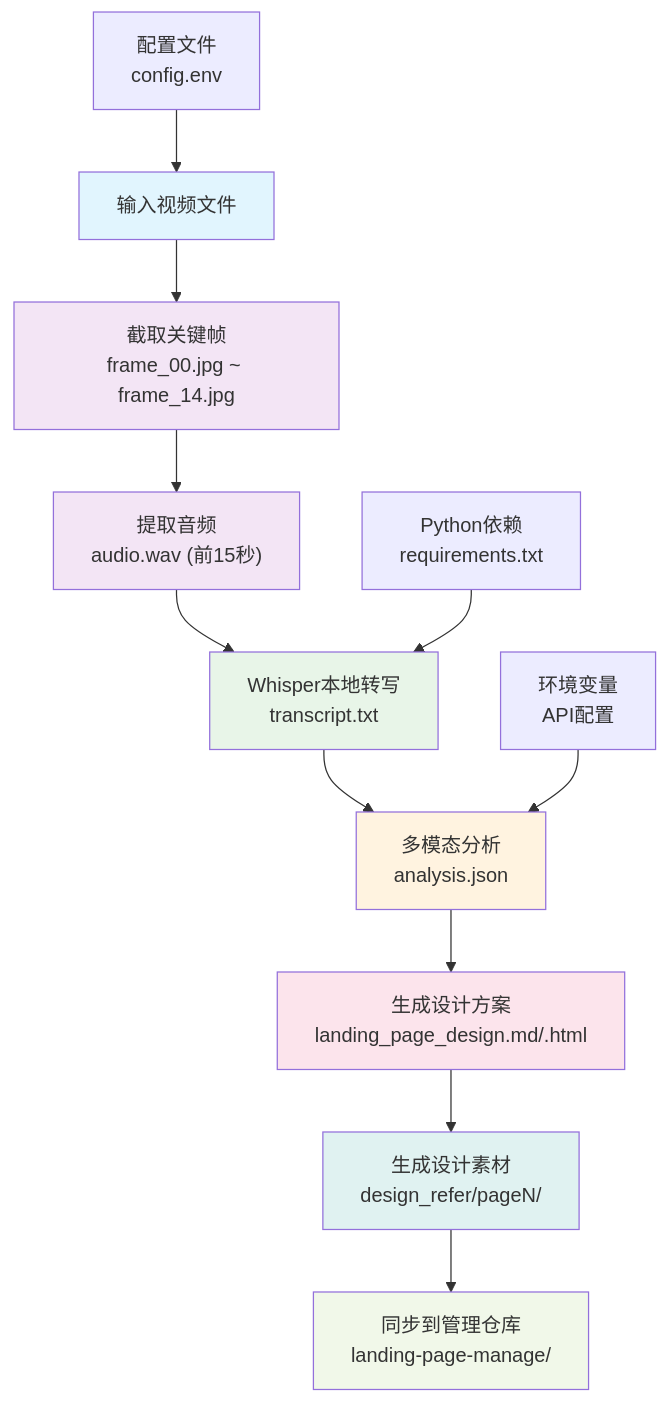
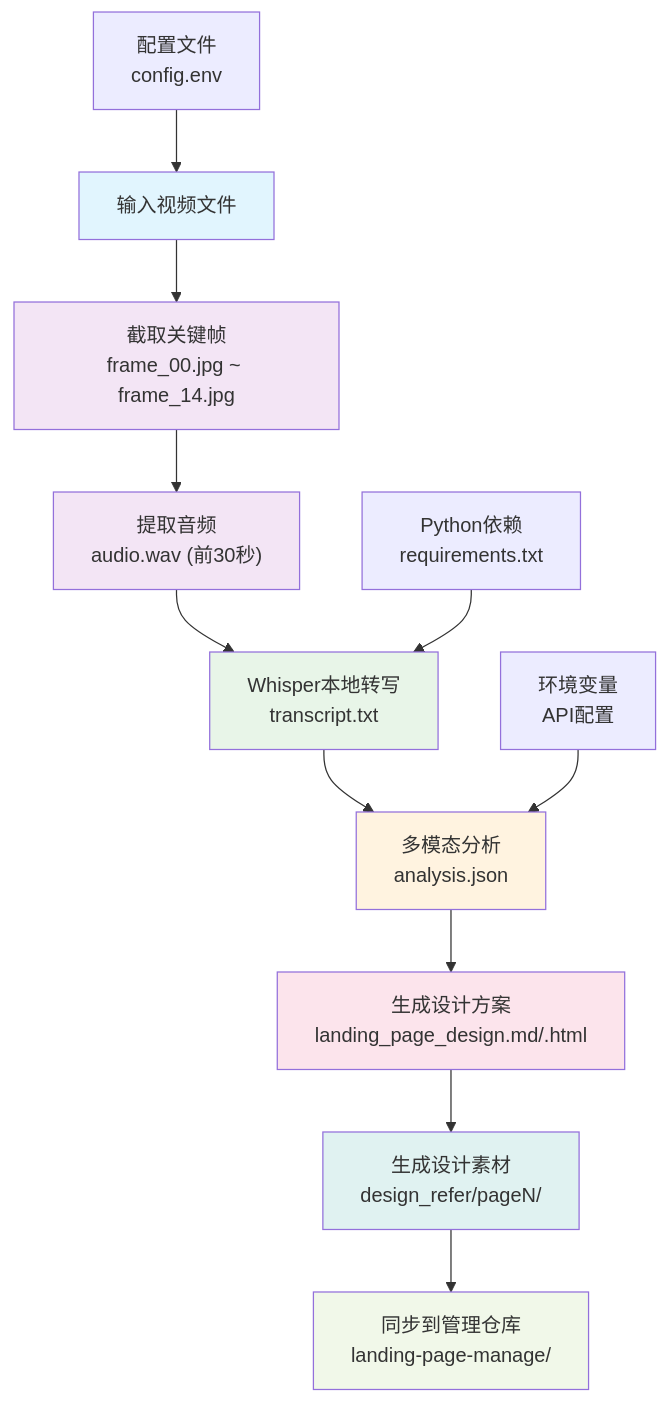
Before and after one commit to WongMingJiu/landingpage-test-hero-page: the diagram in .qoder/repowiki/zh/content/快速开始.md, drawn with Mermaid. The commit also changed other lines of this file and 53 other files, not shown here.

````diff
--- a/.qoder/repowiki/zh/content/快速开始.md
+++ b/.qoder/repowiki/zh/content/快速开始.md
@@ -265,21 +265,21 @@
 ```mermaid
 flowchart TD
 A["输入视频文件"] --> B["截取关键帧<br/>frame_00.jpg ~ frame_14.jpg"]
-B --> C["提取音频<br/>audio.wav (前15秒)"]
+B --> C["提取音频<br/>audio.wav (前30秒)"]
 C --> D["Whisper本地转写<br/>transcript.txt"]
 D --> E["多模态分析<br/>analysis.json"]
 E --> F["生成设计方案<br/>landing_page_design.md/.html"]
 F --> G["生成设计素材<br/>design_refer/pageN/"]
 G --> H["同步到管理仓库<br/>landing-page-manage/"]
 I["配置文件<br/>config.env"] --> A
 J["环境变量<br/>API配置"] --> E
 K["Python依赖<br/>requirements.txt"] --> D
 style A fill:#e1f5fe
 style B fill:#f3e5f5
 style C fill:#f3e5f5
 style D fill:#e8f5e8
 style E fill:#fff3e0
 style F fill:#fce4ec
 style G fill:#e0f2f1
 style H fill:#f1f8e9
 ```
````
